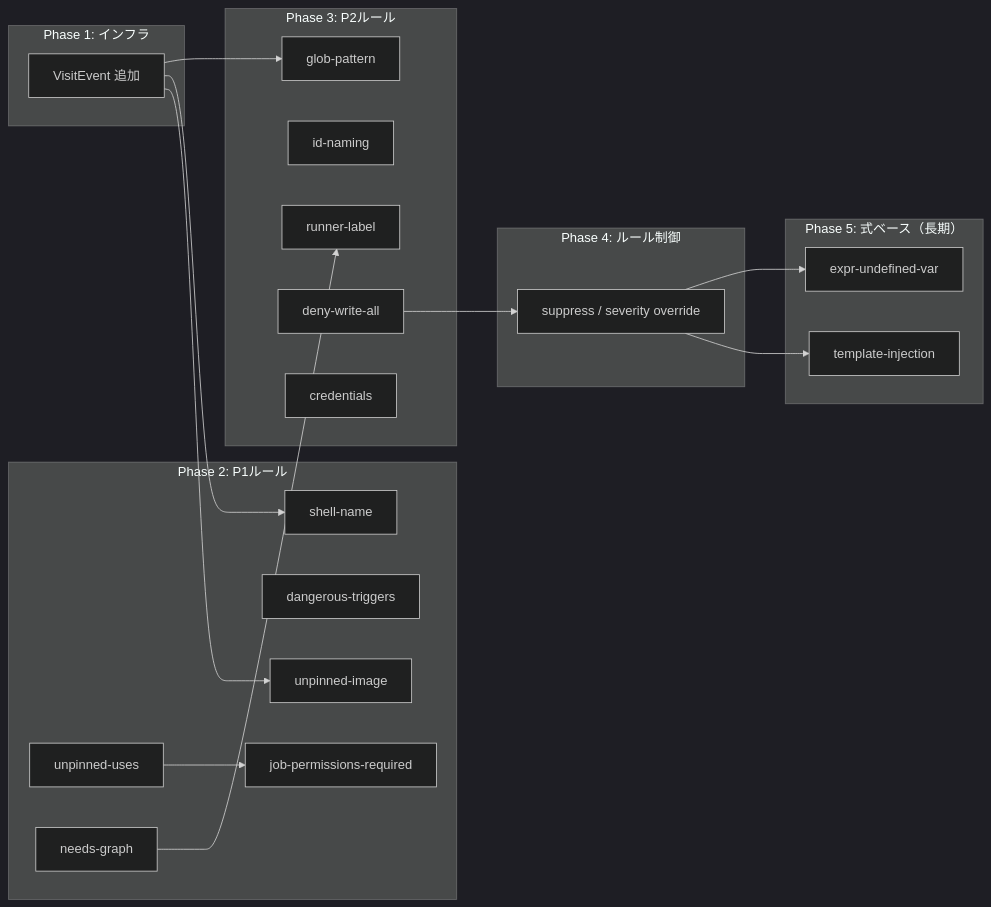
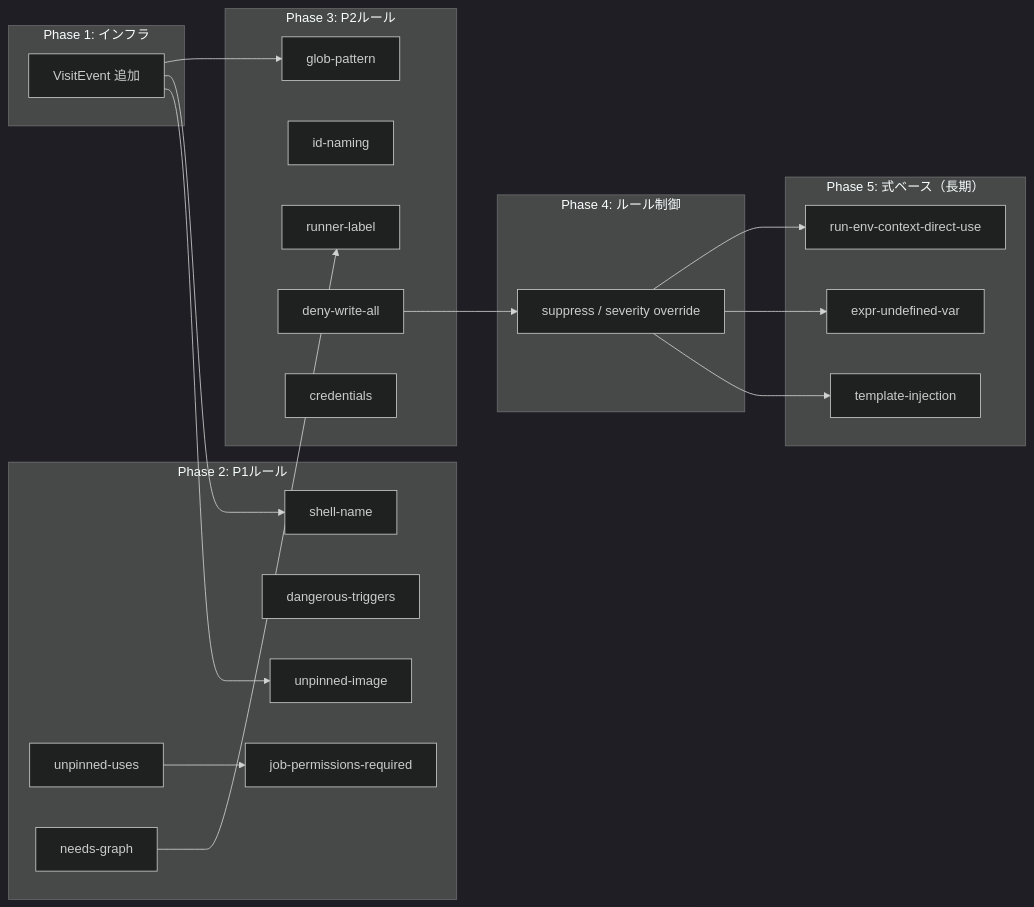
One commit to guitarrapc/seiton changed the diagram in Docs/linter_implementation_csharp_plan.md. Above: the diagram before and after it, drawn with Mermaid (dark theme). The commit also changed other lines of this file and 3 other files, not shown here.

Commit message:
feat: add run-env-context-direct-use rule

````diff
--- a/Docs/linter_implementation_csharp_plan.md
+++ b/Docs/linter_implementation_csharp_plan.md
@@ -424,36 +440,38 @@
 ```mermaid
 graph LR
 subgraph "Phase 1: インフラ"
   P1A["VisitEvent 追加"]
 end
 subgraph "Phase 2: P1ルール"
   P2A["unpinned-uses"]
   P2B["unpinned-image"]
   P2C["dangerous-triggers"]
   P2D["job-permissions-required"]
   P2E["needs-graph"]
   P2F["shell-name"]
 end
 subgraph "Phase 3: P2ルール"
   P3A["runner-label"]
   P3B["id-naming"]
   P3C["glob-pattern"]
   P3D["deny-write-all"]
   P3E["credentials"]
 end
 subgraph "Phase 4: ルール制御"
   P4["suppress / severity override"]
 end
 subgraph "Phase 5: 式ベース（長期）"
   P5A["template-injection"]
   P5B["expr-undefined-var"]
+  P5C["run-env-context-direct-use"]
 end
 P1A --> P2B
 P1A --> P2F
 P1A --> P3C
 P2A --> P2D
 P2E --> P3A
 P3D --> P4
 P4 --> P5A
 P4 --> P5B
+P4 --> P5C
 ```
````
